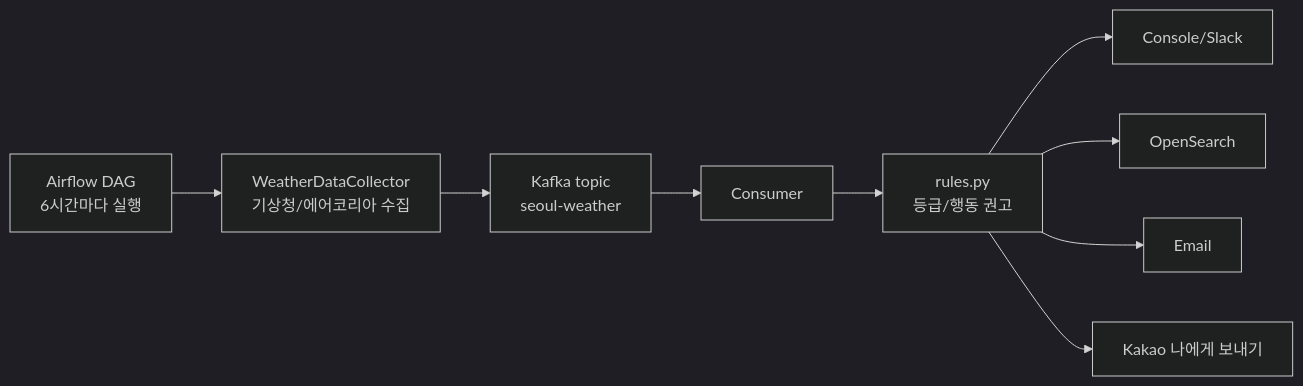
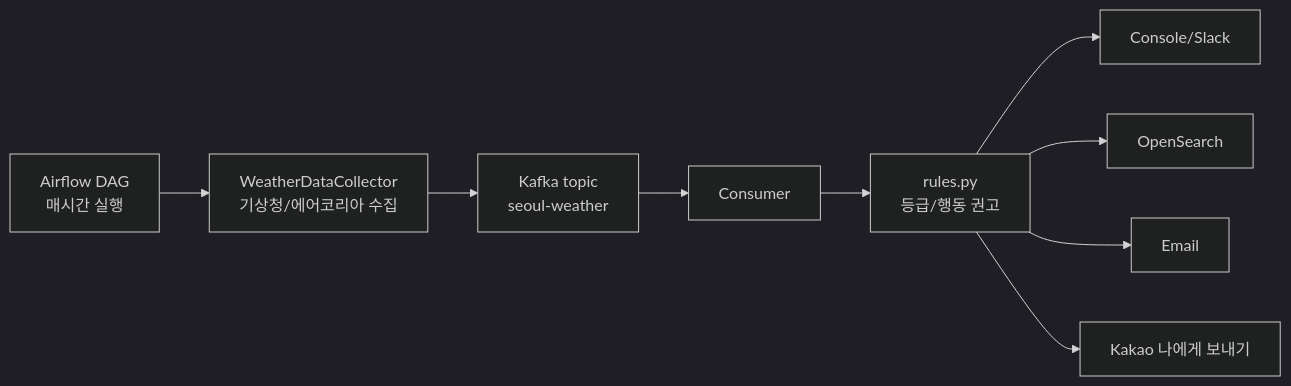
The first of 3 diagrams in README.md (hyeongyu-data/air-quality-project), drawn with Mermaid (dark theme) before and after one commit. The commit also changed other lines of this file and 11 other files, not shown here.

````diff
--- a/README.md
+++ b/README.md
@@ -18,11 +18,11 @@
 ```mermaid
 flowchart LR
-    A["Airflow DAG<br/>6시간마다 실행"] --> B["WeatherDataCollector<br/>기상청/에어코리아 수집"]
+    A["Airflow DAG<br/>매시간 실행"] --> B["WeatherDataCollector<br/>기상청/에어코리아 수집"]
     B --> C["Kafka topic<br/>seoul-weather"]
     C --> D["Consumer"]
     D --> E["rules.py<br/>등급/행동 권고"]
     E --> F["Console/Slack"]
     E --> G["OpenSearch"]
     E --> H["Email"]
     E --> I["Kakao 나에게 보내기"]
 ```
````
